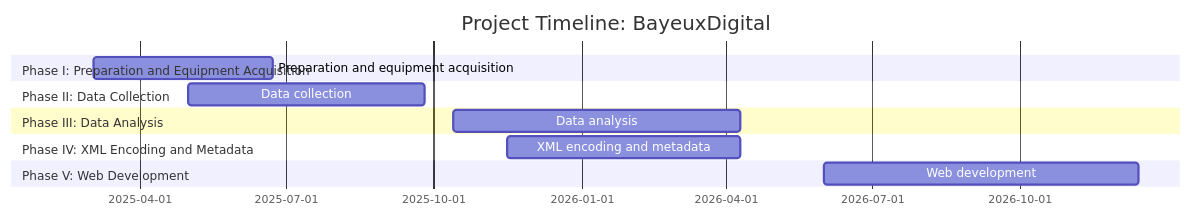
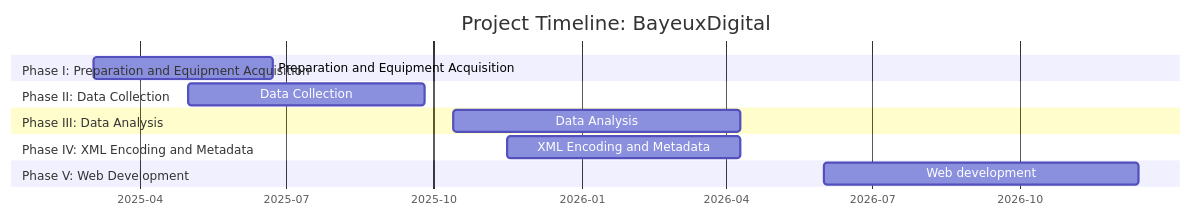
Before and after one commit to bjorkk/BayeuxDigital: the diagram in gantt-timeline.md, drawn with Mermaid.

````diff
--- a/gantt-timeline.md
+++ b/gantt-timeline.md
@@ -3,15 +3,16 @@
 ```mermaid
 gantt
     title Project Timeline: BayeuxDigital
     dateFormat  YYYY-MM-DD
+    axisFormat %Y-%m
     section Phase I: Preparation and Equipment Acquisition
-    Preparation and equipment acquisition :a1, 2025-03-03, 2025-06-23
+    Preparation and Equipment Acquisition :a1, 2025-03-03, 2025-06-23
     section Phase II: Data Collection
-    Data collection :a2, 2025-05-01, 2025-09-25
+    Data Collection :a2, 2025-05-01, 2025-09-25
     section Phase III: Data Analysis
-    Data analysis :a3, 2025-10-13, 2026-04-10
+    Data Analysis :a3, 2025-10-13, 2026-04-10
     section Phase IV: XML Encoding and Metadata
-    XML encoding and metadata :a4, 2025-11-16, 2026-04-10
+    XML Encoding and Metadata :a4, 2025-11-16, 2026-04-10
     section Phase V: Web Development
     Web development :a5, 2026-06-01, 2026-12-14
 ```
````
